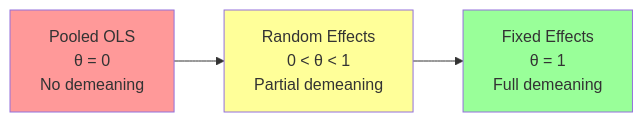
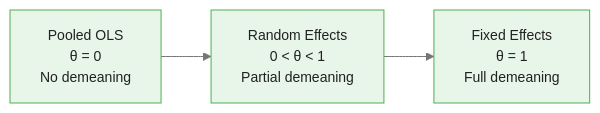
Before and after one commit to m-deane/course-creator: the first of 4 diagrams in courses/panel-regression/modules/module_03_random_effects/guides/01_random_effects_model_slides.md, drawn with Mermaid. The commit also changed other lines of this file and 79 other files, not shown here.

````diff
--- a/courses/panel-regression/modules/module_03_random_effects/guides/01_random_effects_model_slides.md
+++ b/courses/panel-regression/modules/module_03_random_effects/guides/01_random_effects_model_slides.md
@@ -60,9 +81,6 @@
 ```mermaid
+%%{init: {"theme": "base", "themeVariables": {"primaryColor": "#e8f5e9", "primaryBorderColor": "#4caf50", "primaryTextColor": "#212121", "secondaryColor": "#e3f2fd", "tertiaryColor": "#fff8e1", "lineColor": "#757575", "fontFamily": "Inter, sans-serif", "fontSize": "14px"}}}%%
 flowchart LR
     POOLED["Pooled OLS<br/>θ = 0<br/>No demeaning"] --> RE["Random Effects<br/>0 < θ < 1<br/>Partial demeaning"]
     RE --> FE["Fixed Effects<br/>θ = 1<br/>Full demeaning"]
-
-    style POOLED fill:#f99
-    style RE fill:#ff9
-    style FE fill:#9f9
 ```
````
